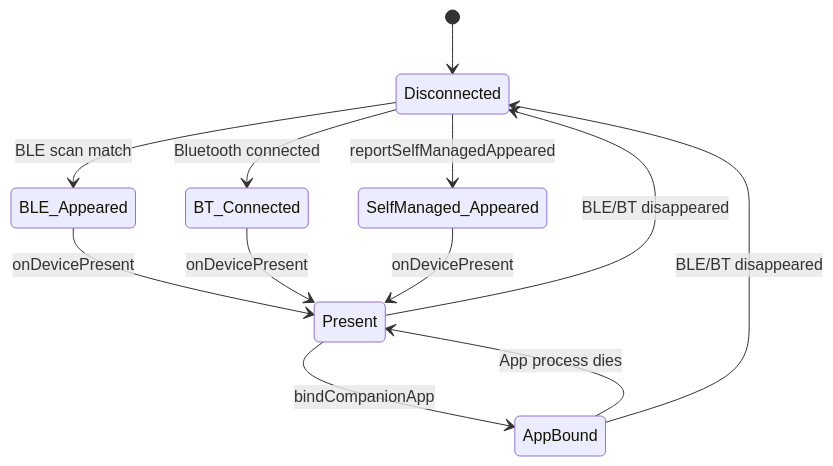
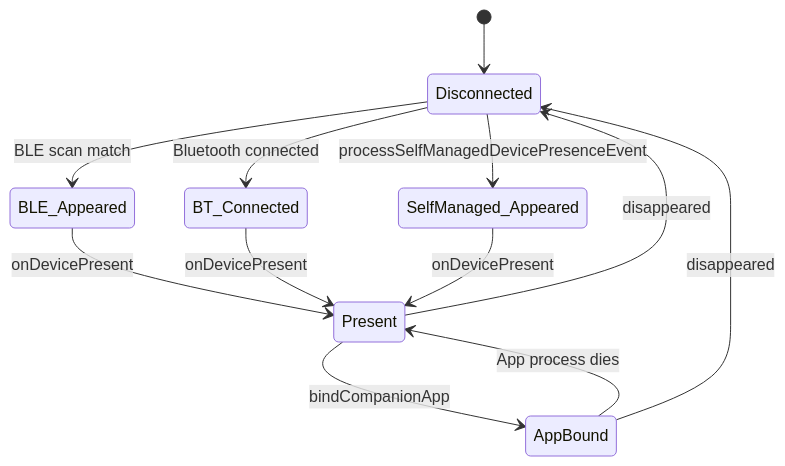
One commit to aospbooks/aosp-internal-book changed the third of 19 diagrams in agents/claude/skills/aosp-ai-and-devices/52-companion-virtual-device.md. Above: the diagram before and after it, drawn with Mermaid. The commit also changed other lines of this file and 218 other files, not shown here.

````diff
--- a/agents/claude/skills/aosp-ai-and-devices/52-companion-virtual-device.md
+++ b/agents/claude/skills/aosp-ai-and-devices/52-companion-virtual-device.md
@@ -627,14 +643,14 @@
 ```mermaid
 stateDiagram-v2
     [*] --> Disconnected
     Disconnected --> BLE_Appeared : BLE scan match
     Disconnected --> BT_Connected : Bluetooth connected
     BLE_Appeared --> Present : onDevicePresent
     BT_Connected --> Present : onDevicePresent
     Present --> AppBound : bindCompanionApp
     AppBound --> Present : App process dies
-    Present --> Disconnected : BLE/BT disappeared
-    AppBound --> Disconnected : BLE/BT disappeared
-    Disconnected --> SelfManaged_Appeared : reportSelfManagedAppeared
+    Present --> Disconnected : disappeared
+    AppBound --> Disconnected : disappeared
+    Disconnected --> SelfManaged_Appeared : processSelfManagedDevicePresenceEvent
     SelfManaged_Appeared --> Present : onDevicePresent
 ```
````
